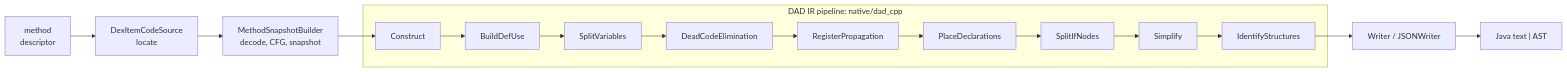
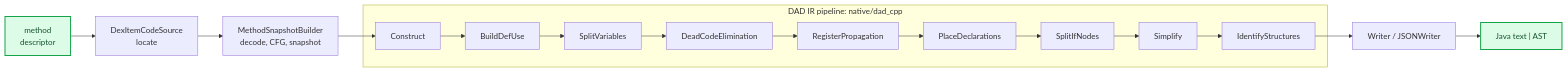
The fifth of 6 diagrams in docs/workflow.md (mobile-threat-hunter/dex-analyzer-for-llm), drawn with Mermaid before and after one commit. The commit also changed other lines of this file and 2 other files, not shown here.

First line of the commit message:
docs: apply markdown-mermaid-writing skill standards to all diagrams

````diff
--- a/docs/workflow.md
+++ b/docs/workflow.md
@@ -121,13 +143,19 @@
 ```mermaid
 flowchart LR
-    A["method<br/>descriptor"] --> B["DexItemCodeSource<br/>locate"]
-    B --> C["MethodSnapshotBuilder<br/>decode, CFG, snapshot"]
+    accTitle: DAD Decompile Pipeline
+    accDescr: A method descriptor is located and turned into a snapshot, then run through the DAD IR pipeline (Construct through IdentifyStructures) before the writer emits Java text or AST. Each pass mirrors androguard decompile.py.
+
+    descriptor["method<br/>descriptor"] --> locate["DexItemCodeSource<br/>locate"]
+    locate --> snapshot_builder["MethodSnapshotBuilder<br/>decode, CFG, snapshot"]
     subgraph pipe["DAD IR pipeline: native/dad_cpp"]
-        D["Construct"] --> E["BuildDefUse"] --> F["SplitVariables"] --> G["DeadCodeElimination"]
-        G --> H["RegisterPropagation"] --> I["PlaceDeclarations"] --> J["SplitIfNodes"]
-        J --> K["Simplify"] --> L["IdentifyStructures"]
+        construct["Construct"] --> build_def_use["BuildDefUse"] --> split_variables["SplitVariables"] --> dead_code_elim["DeadCodeElimination"]
+        dead_code_elim --> register_propagation["RegisterPropagation"] --> place_declarations["PlaceDeclarations"] --> split_if_nodes["SplitIfNodes"]
+        split_if_nodes --> simplify["Simplify"] --> identify_structures["IdentifyStructures"]
     end
-    C --> D
-    L --> W["Writer / JSONWriter"]
-    W --> O["Java text | AST"]
+    snapshot_builder --> construct
+    identify_structures --> writer["Writer / JSONWriter"]
+    writer --> output["Java text | AST"]
+
+    classDef io fill:#dcfce7,stroke:#16a34a,stroke-width:2px,color:#14532d
+    class descriptor,output io
 ```
````
